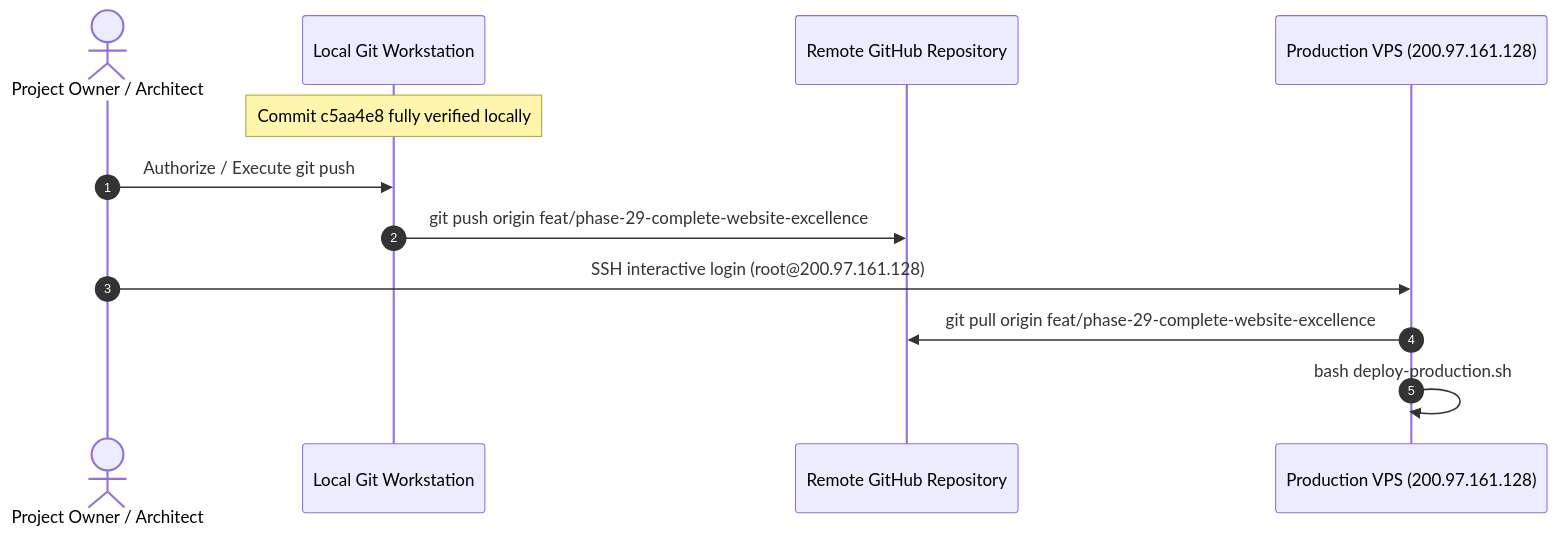
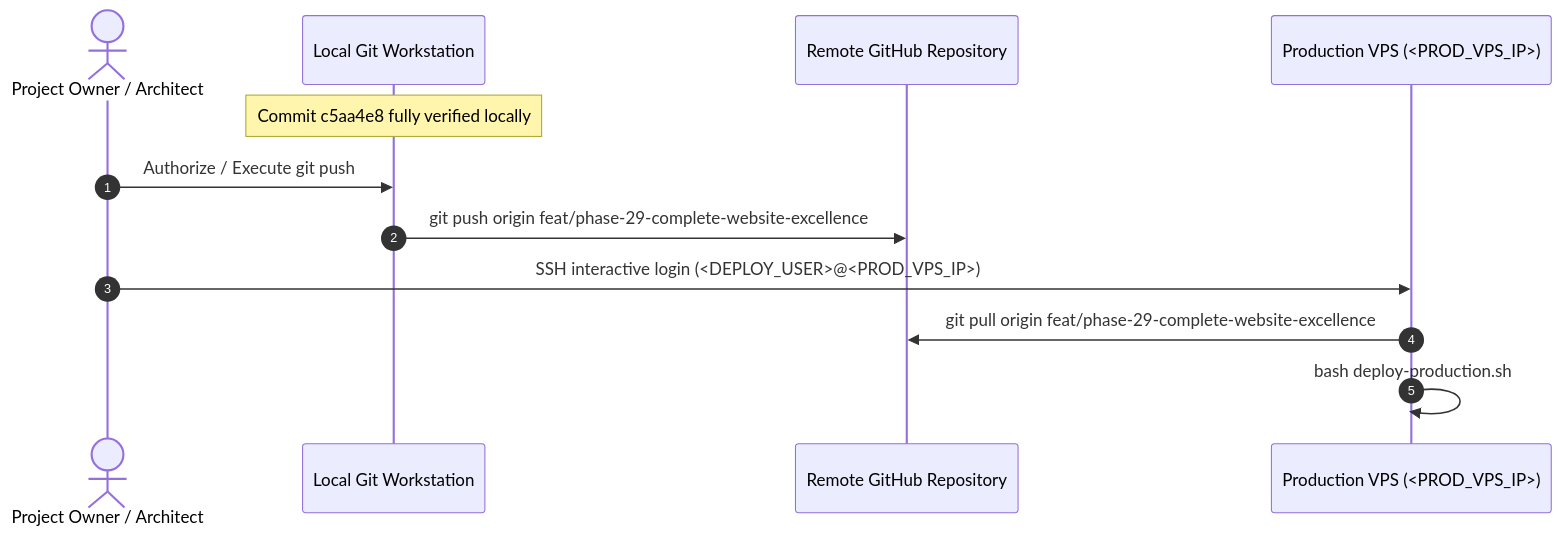
One commit to Himansu-Nayak/MECT changed the diagram in MECT_PHASE_29_4_2B_PRODUCTION_RISK_REGISTER.md. Above: the diagram before and after it, drawn with Mermaid. The commit also changed other lines of this file and 208 other files, not shown here.

Commit message:
fix(hygiene): replace IP, hostname, root user, and local paths with placeholders in tracked files

````diff
--- a/MECT_PHASE_29_4_2B_PRODUCTION_RISK_REGISTER.md
+++ b/MECT_PHASE_29_4_2B_PRODUCTION_RISK_REGISTER.md
@@ -41,15 +41,15 @@
 ```mermaid
 sequenceDiagram
     autonumber
     actor Owner as Project Owner / Architect
     participant Local as Local Git Workstation
     participant GitHub as Remote GitHub Repository
-    participant VPS as Production VPS (200.97.161.128)
+    participant VPS as Production VPS (<PROD_VPS_IP>)
 
     Note over Local: Commit c5aa4e8 fully verified locally
     Owner ->> Local: Authorize / Execute git push
     Local ->> GitHub: git push origin feat/phase-29-complete-website-excellence
-    Owner ->> VPS: SSH interactive login (root@200.97.161.128)
+    Owner ->> VPS: SSH interactive login (<DEPLOY_USER>@<PROD_VPS_IP>)
     VPS ->> GitHub: git pull origin feat/phase-29-complete-website-excellence
     VPS ->> VPS: bash deploy-production.sh
 ```
````
